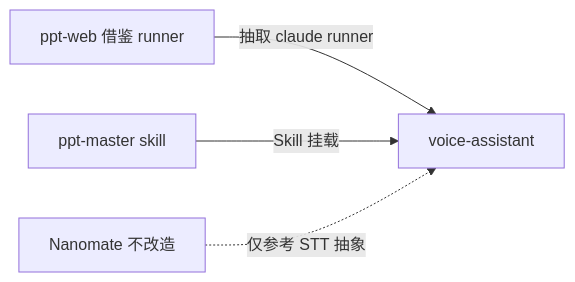
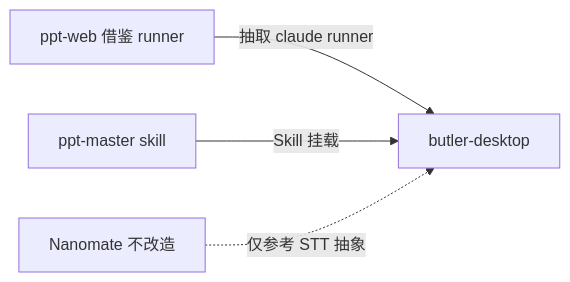
The fifth of 5 diagrams in README.md (CallStorm/butler-desktop), drawn with Mermaid before and after one commit. The commit also changed other lines of this file, not shown here.

Commit message:
docs: rename voice-assistant to butler-desktop in README

````diff
--- a/README.md
+++ b/README.md
@@ -242,11 +242,11 @@
 ```mermaid
 flowchart LR
-  VA["voice-assistant"]
+  BD["butler-desktop"]
   PW["ppt-web 借鉴 runner"]
   PM["ppt-master skill"]
   NM["Nanomate 不改造"]
 
-  PW -->|抽取 claude runner| VA
-  PM -->|Skill 挂载| VA
-  NM -.->|仅参考 STT 抽象| VA
+  PW -->|抽取 claude runner| BD
+  PM -->|Skill 挂载| BD
+  NM -.->|仅参考 STT 抽象| BD
 ```
````
